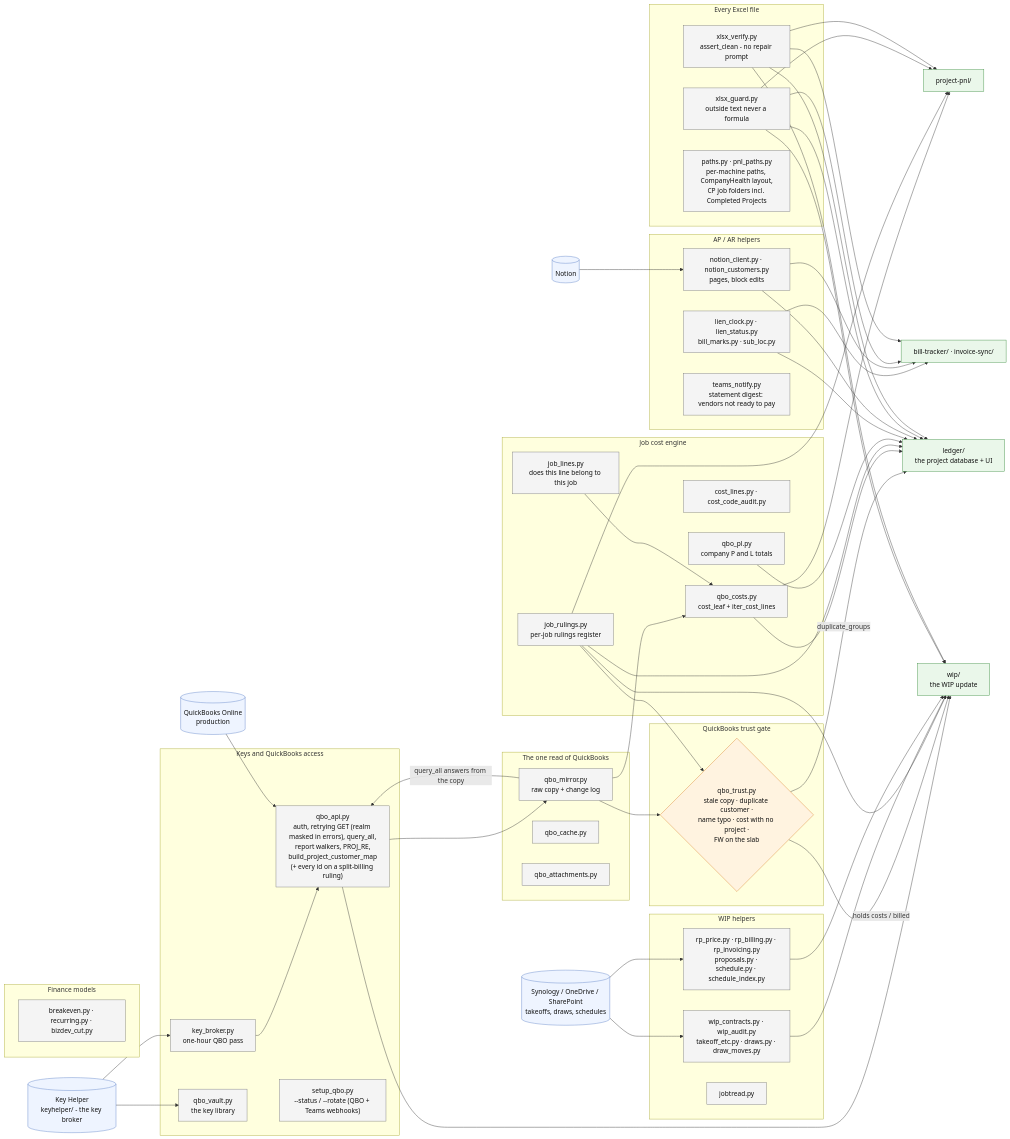
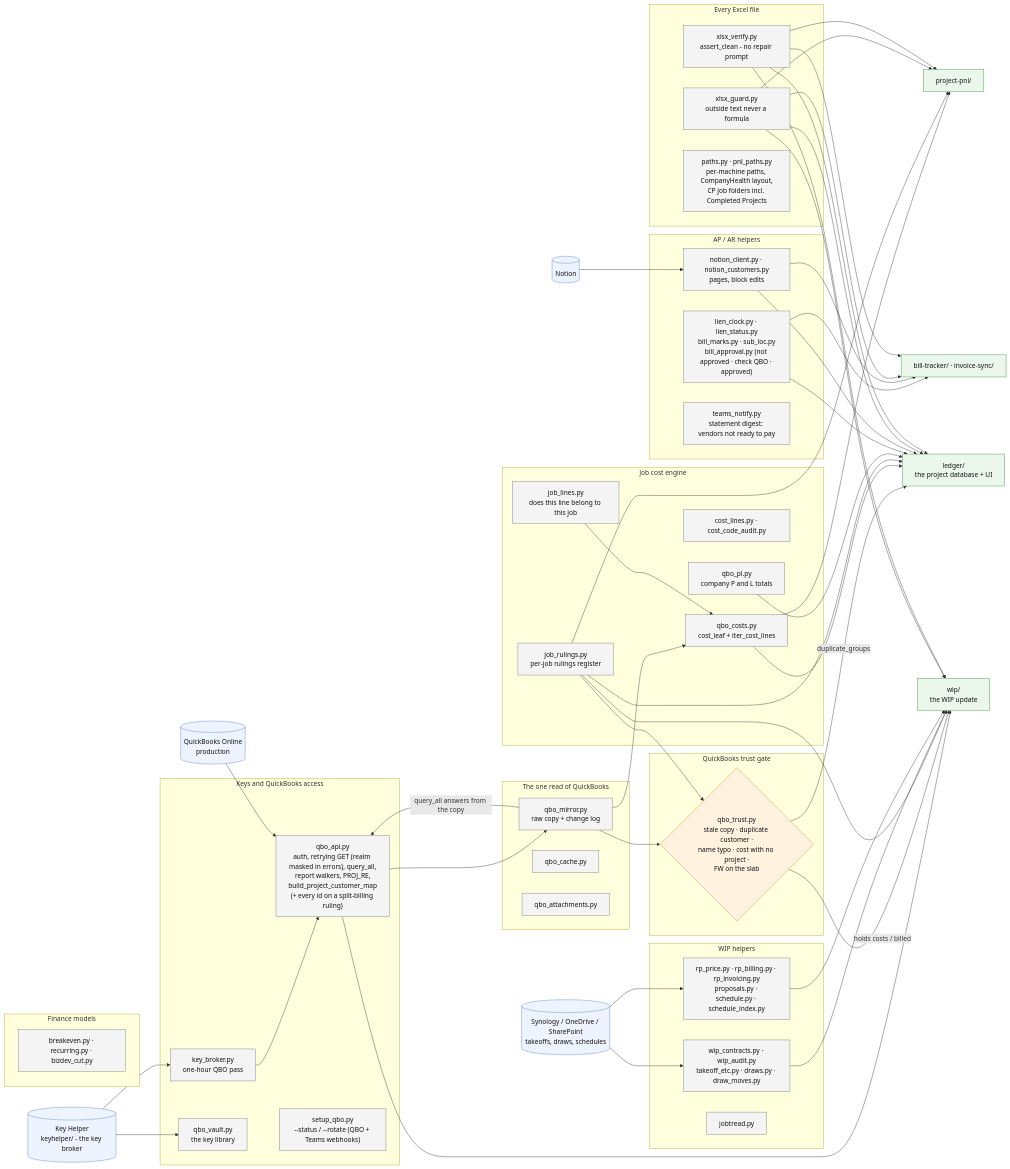
One commit to Ecarlo-Proficient/Claude-Report changed the diagram in shared/FLOW.md. Above: the diagram before and after it, drawn with Mermaid. The commit also changed other lines of this file and 8 other files, not shown here.

Commit message:
shared/bill_approval: the ONE bill-approval rule (NOT APPROVED memo / check QBO for bills entered since 09/16 and unpaid / approved), moved out of bill-tracker; statement reconciler uses it in the Excel (new "approval is in QBO" section, Approved? = Check QBO), the marked statement (teal) and Notion

```diff
--- a/shared/FLOW.md
+++ b/shared/FLOW.md
@@ -75,7 +75,7 @@
     FILES --> WC & RPP
 
     subgraph LIEN["AP / AR helpers"]
-        LC["lien_clock.py · lien_status.py<br/>bill_marks.py · sub_loc.py"]:::mod
+        LC["lien_clock.py · lien_status.py<br/>bill_marks.py · sub_loc.py<br/>bill_approval.py (not approved · check QBO · approved)"]:::mod
         NC["notion_client.py · notion_customers.py<br/>pages, block edits"]:::mod
         TN["teams_notify.py<br/>statement digest: vendors not ready to pay"]:::mod
     end
```
